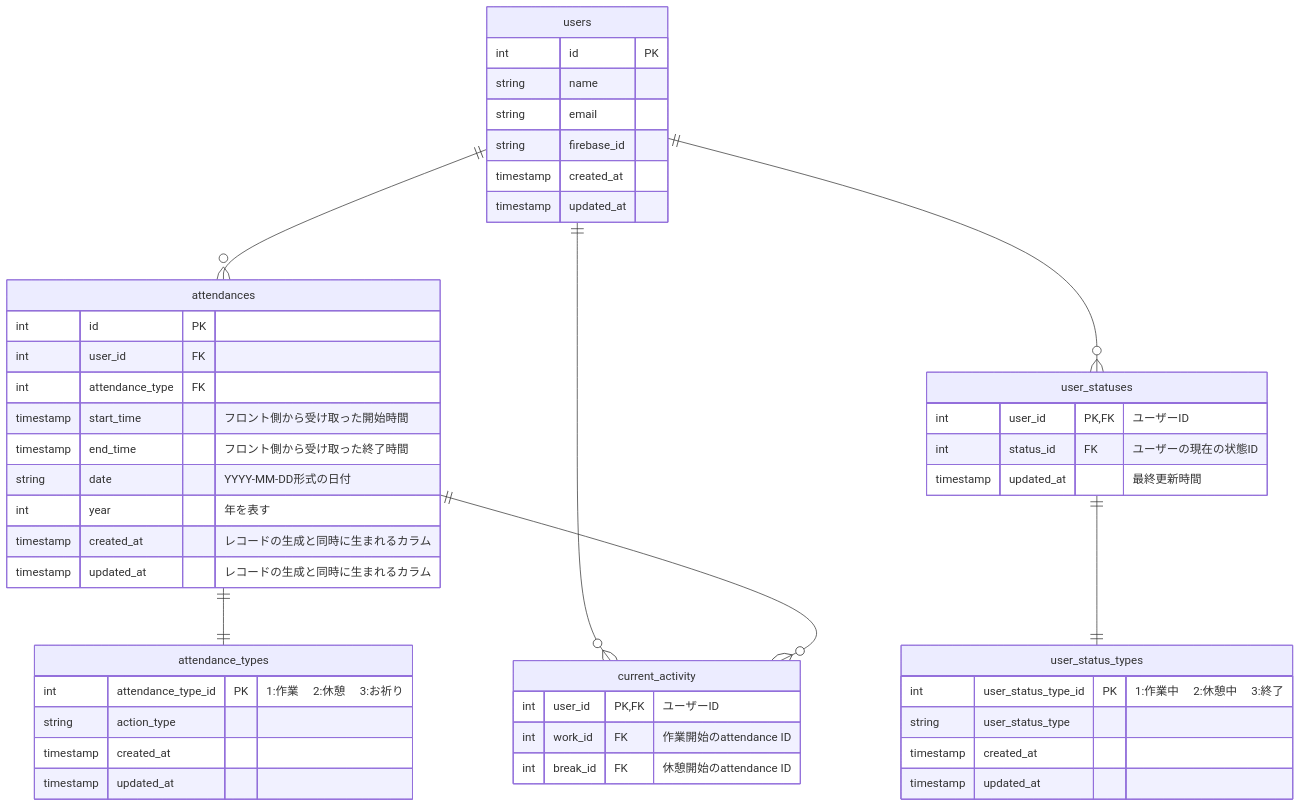
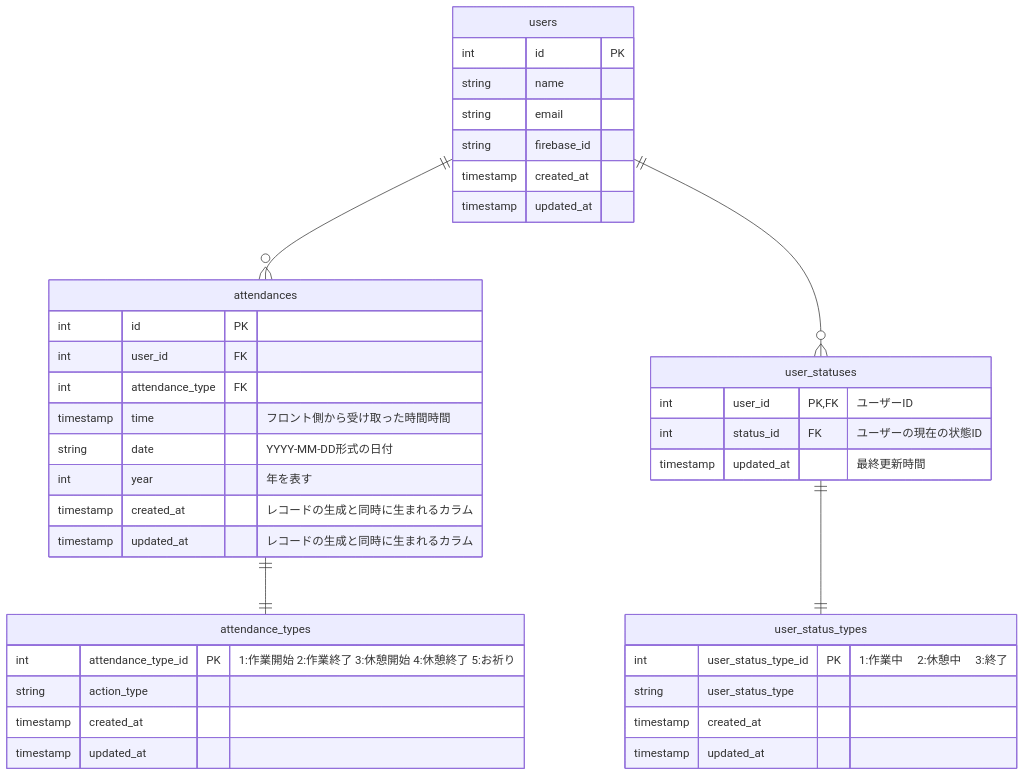
One commit to yoshimi-I/AttendanceApp changed the diagram in samples/er.md. Above: the diagram before and after it, drawn with Mermaid. The commit also changed 1 other file, not shown here.

Commit message:
add: とりあえず修正

````diff
--- a/samples/er.md
+++ b/samples/er.md
@@ -1,56 +1,49 @@
 ```mermaid
 erDiagram
     users ||--o{ attendances : ""
     attendances ||--|| attendance_types : ""
     users ||--o{ user_statuses : ""
     user_statuses ||--|| user_status_types : ""
-    users ||--o{ current_activity : ""
-    attendances ||--o{ current_activity : ""
+
 
     users {
         int id PK
         string name
         string email
         string firebase_id
         timestamp created_at
         timestamp updated_at
     }
 
     attendances {
         int id PK
         int user_id FK
         int attendance_type FK
-        timestamp start_time "フロント側から受け取った開始時間"
-        timestamp end_time "フロント側から受け取った終了時間"
+        timestamp time "フロント側から受け取った時間時間"
         string date "YYYY-MM-DD形式の日付"
         int year "年を表す"
         timestamp created_at "レコードの生成と同時に生まれるカラム"
         timestamp updated_at "レコードの生成と同時に生まれるカラム"
     }
 
     attendance_types {
-        int attendance_type_id PK "1:作業 　2:休憩 　3:お祈り"
+        int attendance_type_id PK "1:作業開始 2:作業終了 3:休憩開始 4:休憩終了 5:お祈り"
         string action_type
         timestamp created_at
         timestamp updated_at
     }
 
     user_status_types {
         int user_status_type_id PK "1:作業中 　2:休憩中 　3:終了"
         string user_status_type
         timestamp created_at
         timestamp updated_at
     }
 
     user_statuses {
         int user_id PK,FK "ユーザーID"
         int status_id FK "ユーザーの現在の状態ID"
         timestamp updated_at "最終更新時間"
     }
 
-    current_activity {
-        int user_id PK, FK "ユーザーID"
-        int work_id FK "作業開始のattendance ID"
-        int break_id FK "休憩開始のattendance ID" }
-
 ```
````
